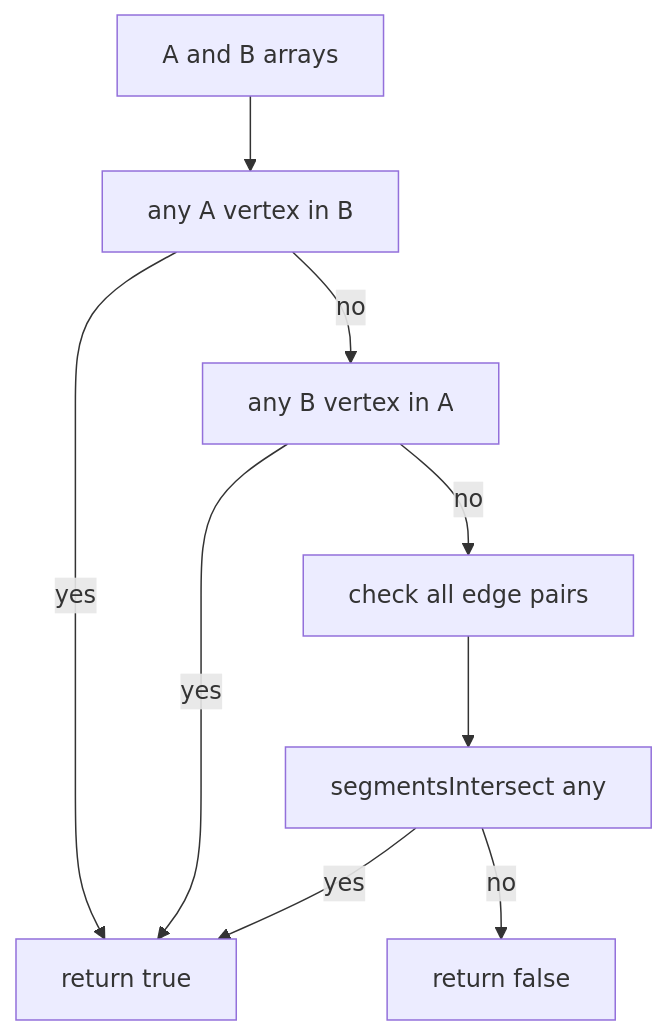
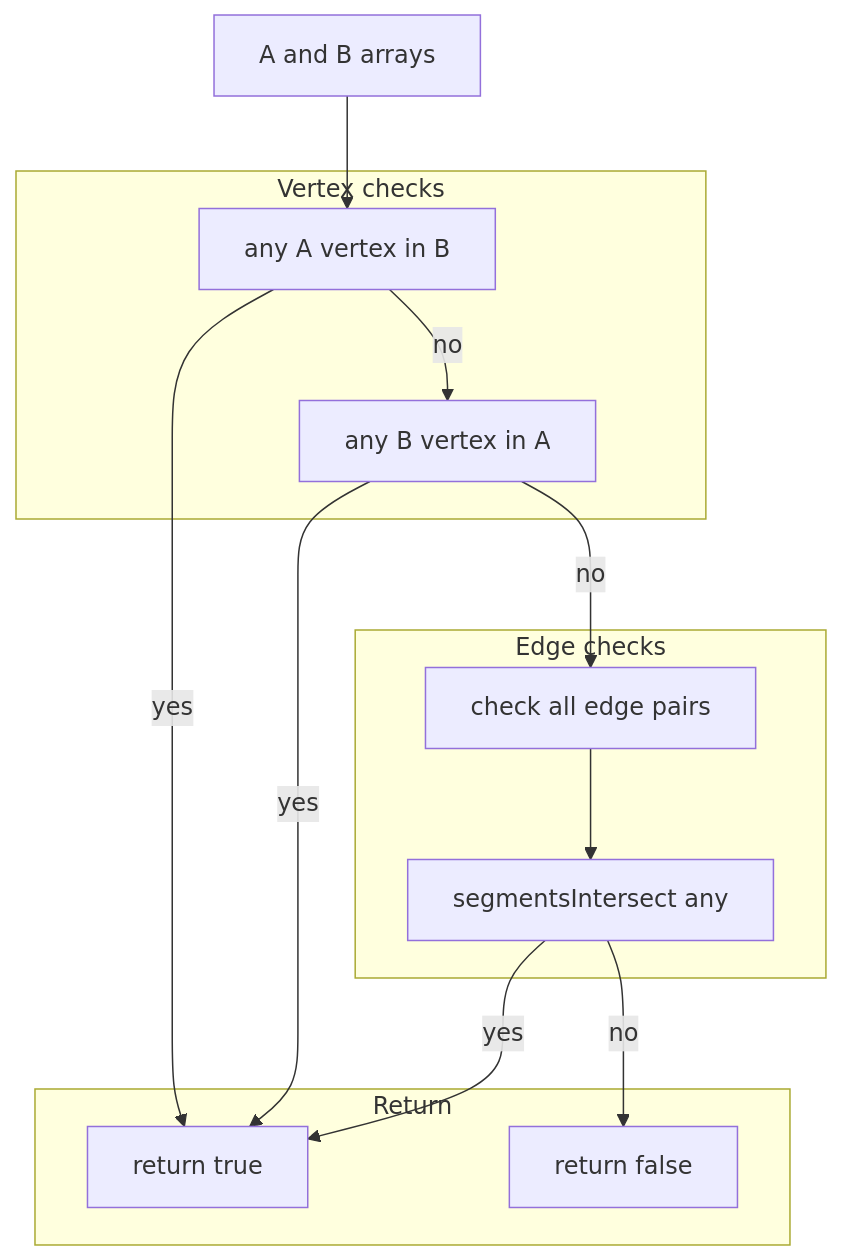
One commit to Gh0st352/AETHR changed the second of 4 diagrams in docs/poly/point_in_polygon_and_overlap.md. Above: the diagram before and after it, drawn with Mermaid. The commit also changed other lines of this file and 9 other files, not shown here.

First line of the commit message:
docs(poly): improve README headings and mermaid diagrams

````diff
--- a/docs/poly/point_in_polygon_and_overlap.md
+++ b/docs/poly/point_in_polygon_and_overlap.md
@@ -34,11 +50,30 @@
 ```mermaid
+%% shared theme: docs/_mermaid/theme.json %%
 flowchart TD
   IN[A and B arrays] --> VA[any A vertex in B]
   VA -->|yes| TRUE[return true]
   VA -->|no| VB[any B vertex in A]
   VB -->|yes| TRUE
   VB -->|no| EDGES[check all edge pairs]
   EDGES --> SINT[segmentsIntersect any]
   SINT -->|yes| TRUE
   SINT -->|no| FALSE[return false]
+
+  subgraph "Vertex checks"
+    VA
+    VB
+  end
+  subgraph "Edge checks"
+    EDGES
+    SINT
+  end
+  subgraph "Return"
+    TRUE
+    FALSE
+  end
+
+  class IN class_io;
+  class VA,VB,EDGES class_step;
+  class SINT class_decision;
+  class TRUE,FALSE class_result;
 ```
````
